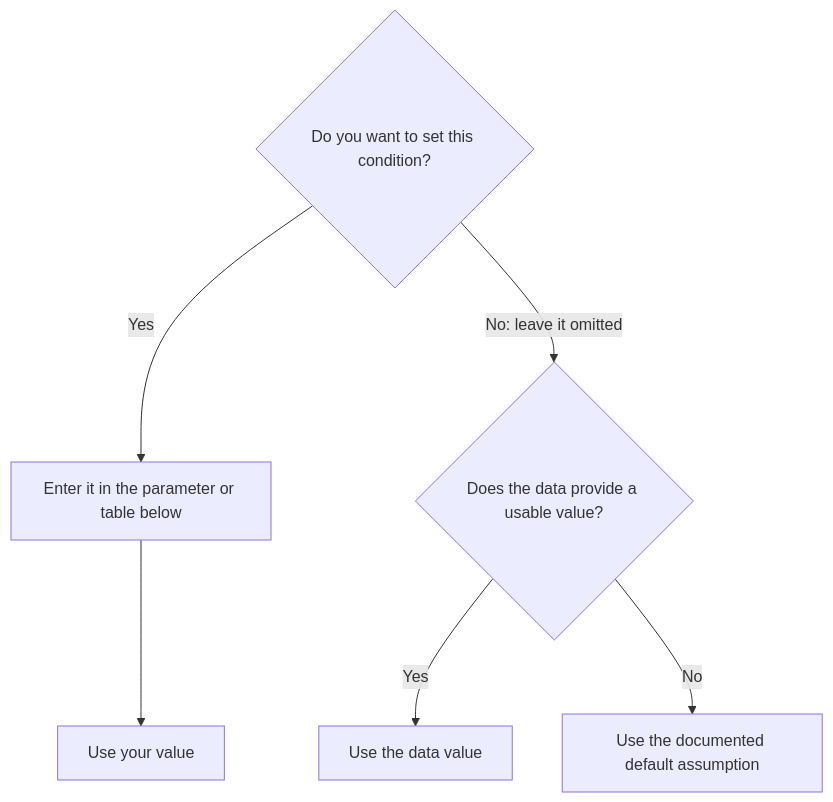
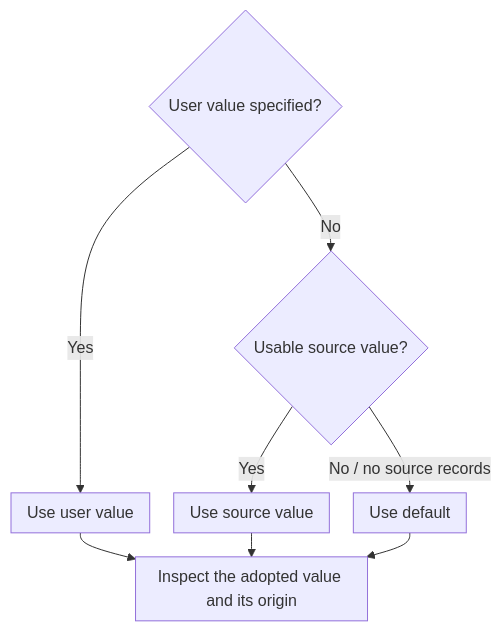
The diagram in docs/examples/creating_gtfs.md (c2g-dev/city2graph), drawn with Mermaid before and after one commit. The commit also changed other lines of this file and 58 other files, not shown here.

Commit message:
Refactor GTFS metadata and benchmarks; remove bundled source data

````diff
--- a/docs/examples/creating_gtfs.md
+++ b/docs/examples/creating_gtfs.md
@@ -82,9 +330,12 @@
 ```mermaid
+%%{init: {"flowchart": {"padding": 8, "rankSpacing": 24, "nodeSpacing": 24}}}%%
 flowchart TD
-    A{"Do you want to set this condition?"}
-    A -->|Yes| B["Enter it in the parameter or table below"]
-    B --> C["Use your value"]
-    A -->|No: leave it omitted| D{"Does the data provide a usable value?"}
-    D -->|Yes| E["Use the data value"]
-    D -->|No| F["Use the documented default assumption"]
+    U{"User value specified?"}
+    U -->|Yes| V["Use user value"]
+    U -->|No| S{"Usable source value?"}
+    S -->|Yes| W["Use source value"]
+    S -->|No / no source records| D["Use default"]
+    V --> R["Inspect the adopted value and its origin"]
+    W --> R
+    D --> R
 ```
````
